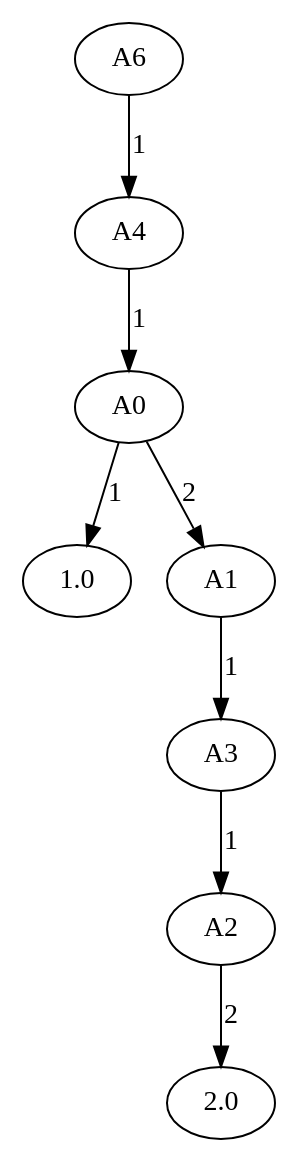
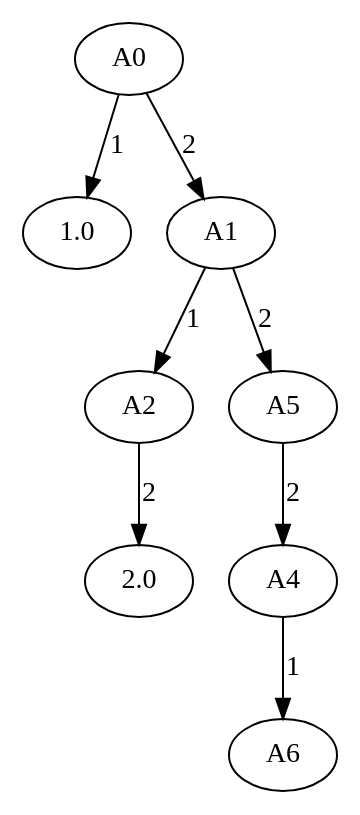
One commit to oyssolbo/TDT4171 changed the diagram in Assignments/A4/data/results/data/tree/Random importance id=6.gv. Above: the diagram before and after it, drawn with Graphviz. The commit also changed 30 other files, not shown here.

```diff
--- a/Assignments/A4/data/results/data/tree/Random importance id=6.gv
+++ b/Assignments/A4/data/results/data/tree/Random importance id=6.gv
@@ -1,18 +1,18 @@
 // Random importance
 digraph {
-	6 [label=A6]
-	4 [label=A4]
-	6 -> 4 [label=1]
 	0 [label=A0]
-	4 -> 0 [label=1]
 	1.0 [label=1.0]
 	0 -> 1.0 [label=1]
 	1 [label=A1]
 	0 -> 1 [label=2]
-	3 [label=A3]
-	1 -> 3 [label=1]
 	2 [label=A2]
-	3 -> 2 [label=1]
+	1 -> 2 [label=1]
 	2.0 [label=2.0]
 	2 -> 2.0 [label=2]
+	5 [label=A5]
+	1 -> 5 [label=2]
+	4 [label=A4]
+	5 -> 4 [label=2]
+	6 [label=A6]
+	4 -> 6 [label=1]
 }
```
